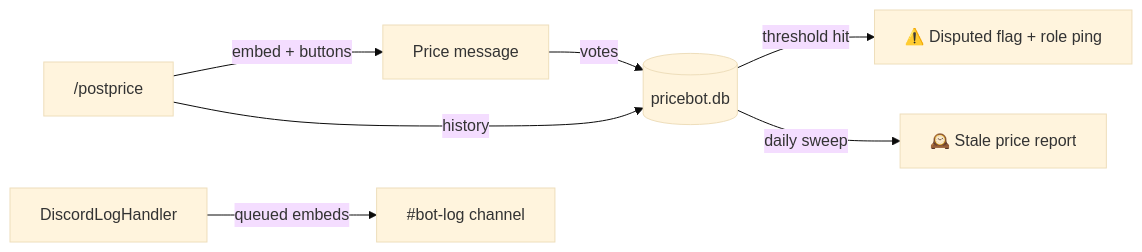
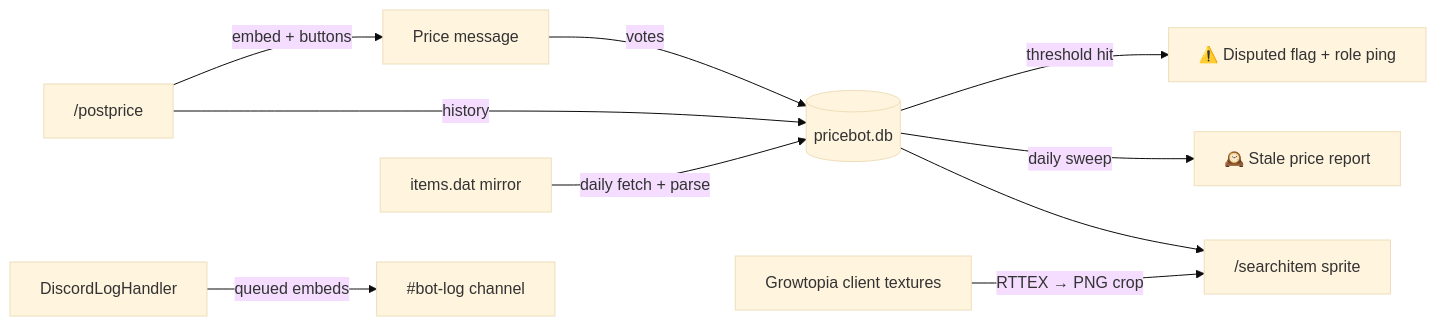
Before and after one commit to inspectsoftware/UncoveredBot: the diagram in README.md, drawn with Mermaid (base theme). The commit also changed other lines of this file and 6 other files, not shown here.

First line of the commit message:
Add Growtopia item database with sprite rendering (v1.1.0)

````diff
--- a/README.md
+++ b/README.md
@@ -83,9 +102,12 @@
 ```mermaid
 flowchart LR
     A["/postprice"] -->|embed + buttons| B[Price message]
     B -->|votes| C[(pricebot.db)]
     A -->|history| C
     C -->|threshold hit| D[⚠️ Disputed flag + role ping]
     C -->|daily sweep| E[🕰️ Stale price report]
     F[DiscordLogHandler] -->|queued embeds| G[#bot-log channel]
+    H[items.dat mirror] -->|daily fetch + parse| C
+    I[Growtopia client textures] -->|RTTEX → PNG crop| J["/searchitem sprite"]
+    C --> J
 ```
````
